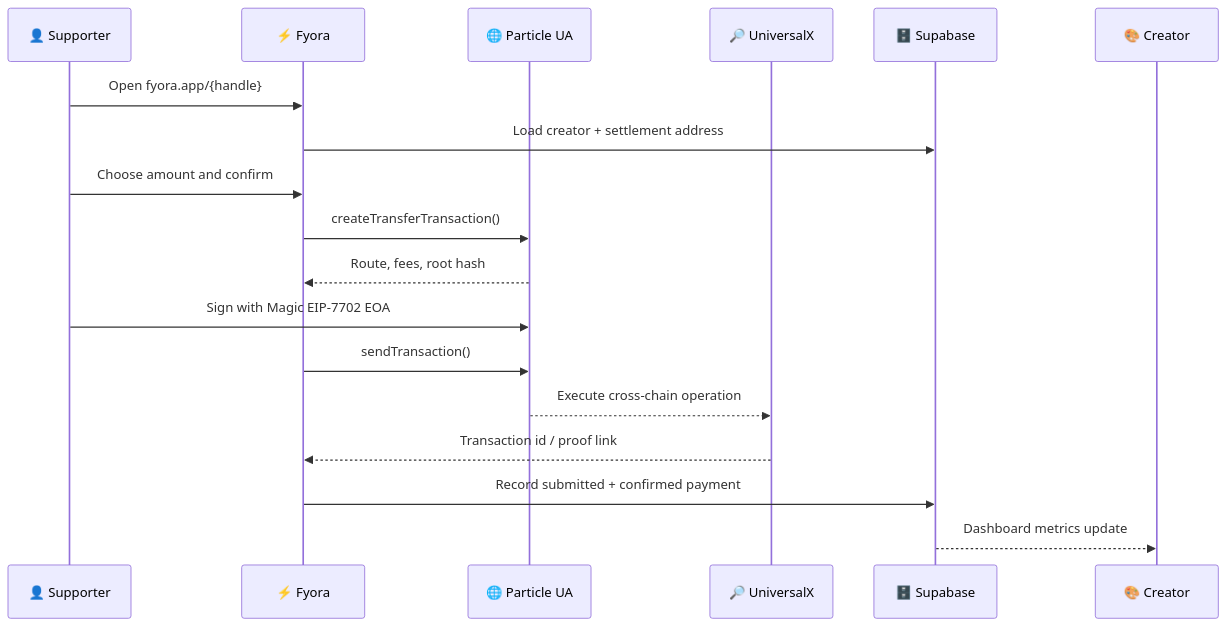
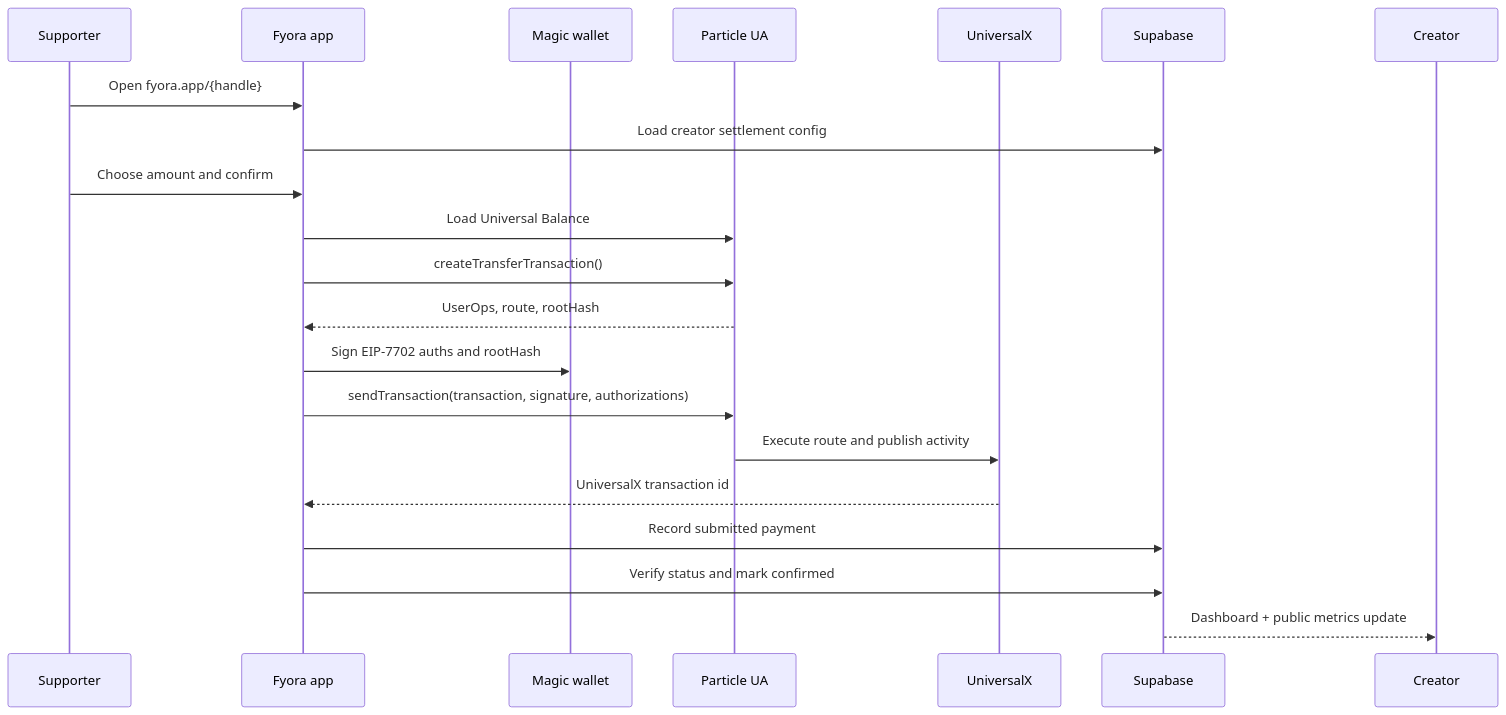
The second of 2 diagrams in README.md (NikhilRaikwar/Fyora), drawn with Mermaid before and after one commit. The commit also changed other lines of this file, not shown here.

````diff
--- a/README.md
+++ b/README.md
@@ -67,21 +82,24 @@
 ```mermaid
 sequenceDiagram
-  participant S as 👤 Supporter
-  participant F as ⚡ Fyora
-  participant P as 🌐 Particle UA
-  participant X as 🔎 UniversalX
-  participant DB as 🗄️ Supabase
-  participant C as 🎨 Creator
+  participant S as Supporter
+  participant F as Fyora app
+  participant M as Magic wallet
+  participant P as Particle UA
+  participant X as UniversalX
+  participant DB as Supabase
+  participant C as Creator
 
   S->>F: Open fyora.app/{handle}
-  F->>DB: Load creator + settlement address
+  F->>DB: Load creator settlement config
   S->>F: Choose amount and confirm
+  F->>P: Load Universal Balance
   F->>P: createTransferTransaction()
-  P-->>F: Route, fees, root hash
-  S->>P: Sign with Magic EIP-7702 EOA
-  F->>P: sendTransaction()
-  P-->>X: Execute cross-chain operation
-  X-->>F: Transaction id / proof link
-  F->>DB: Record submitted + confirmed payment
-  DB-->>C: Dashboard metrics update
+  P-->>F: UserOps, route, rootHash
+  F->>M: Sign EIP-7702 auths and rootHash
+  F->>P: sendTransaction(transaction, signature, authorizations)
+  P->>X: Execute route and publish activity
+  X-->>F: UniversalX transaction id
+  F->>DB: Record submitted payment
+  F->>DB: Verify status and mark confirmed
+  DB-->>C: Dashboard + public metrics update
 ```
````
